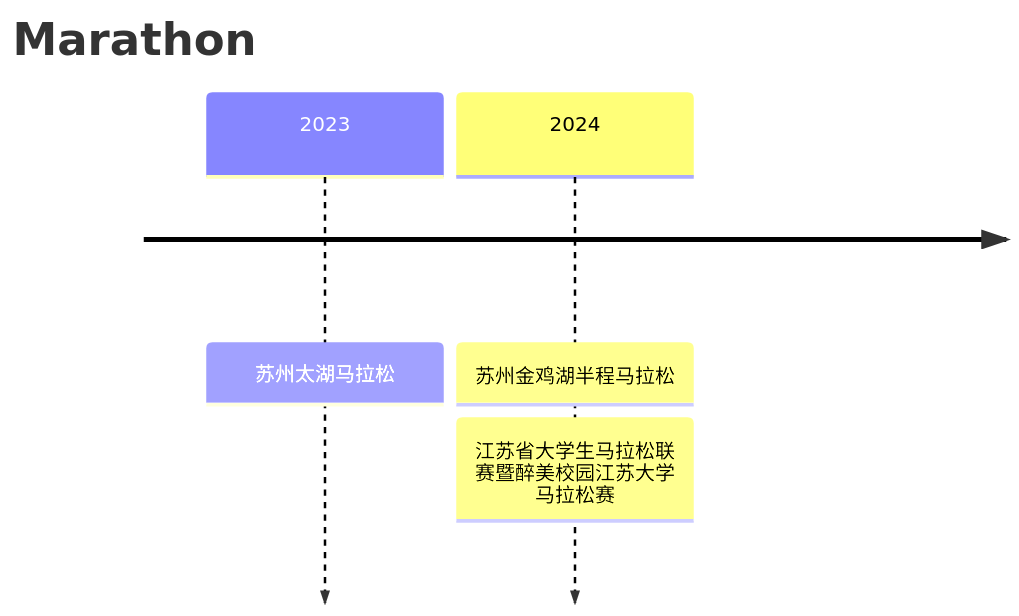
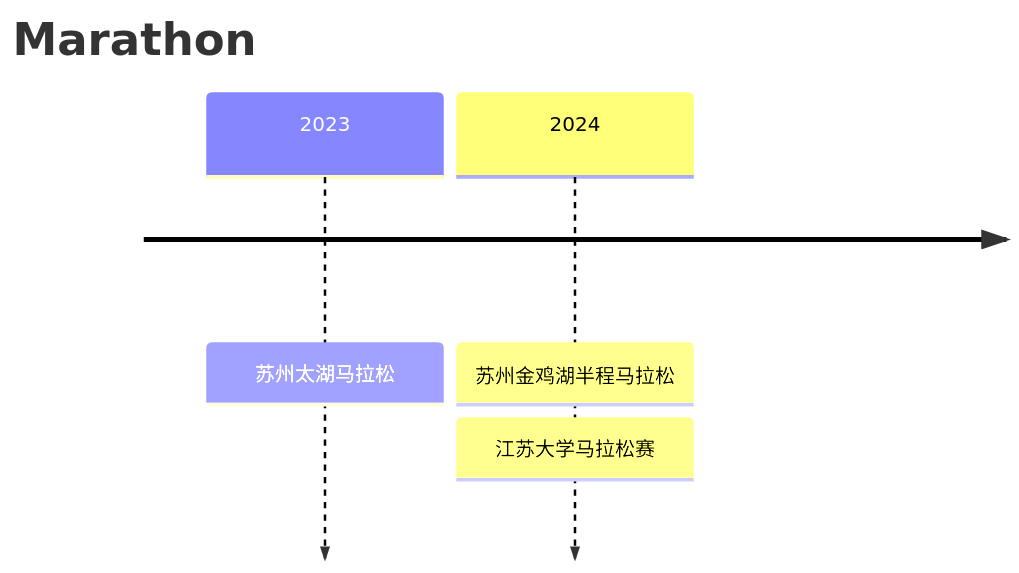
One commit to LiQingCode/LiQingCode.github.io changed the diagram in _tabs/about.md. Above: the diagram before and after it, drawn with Mermaid. The commit also changed other lines of this file, not shown here.

````diff
--- a/_tabs/about.md
+++ b/_tabs/about.md
@@ -21,7 +18,7 @@
 ```mermaid
 timeline
     title Marathon
     2023 : 苏州太湖马拉松
     2024 : 苏州金鸡湖半程马拉松
-         : 江苏省大学生马拉松联<br>赛暨醉美校园江苏大学<br>马拉松赛
+         : 江苏大学马拉松赛
 ```
````
